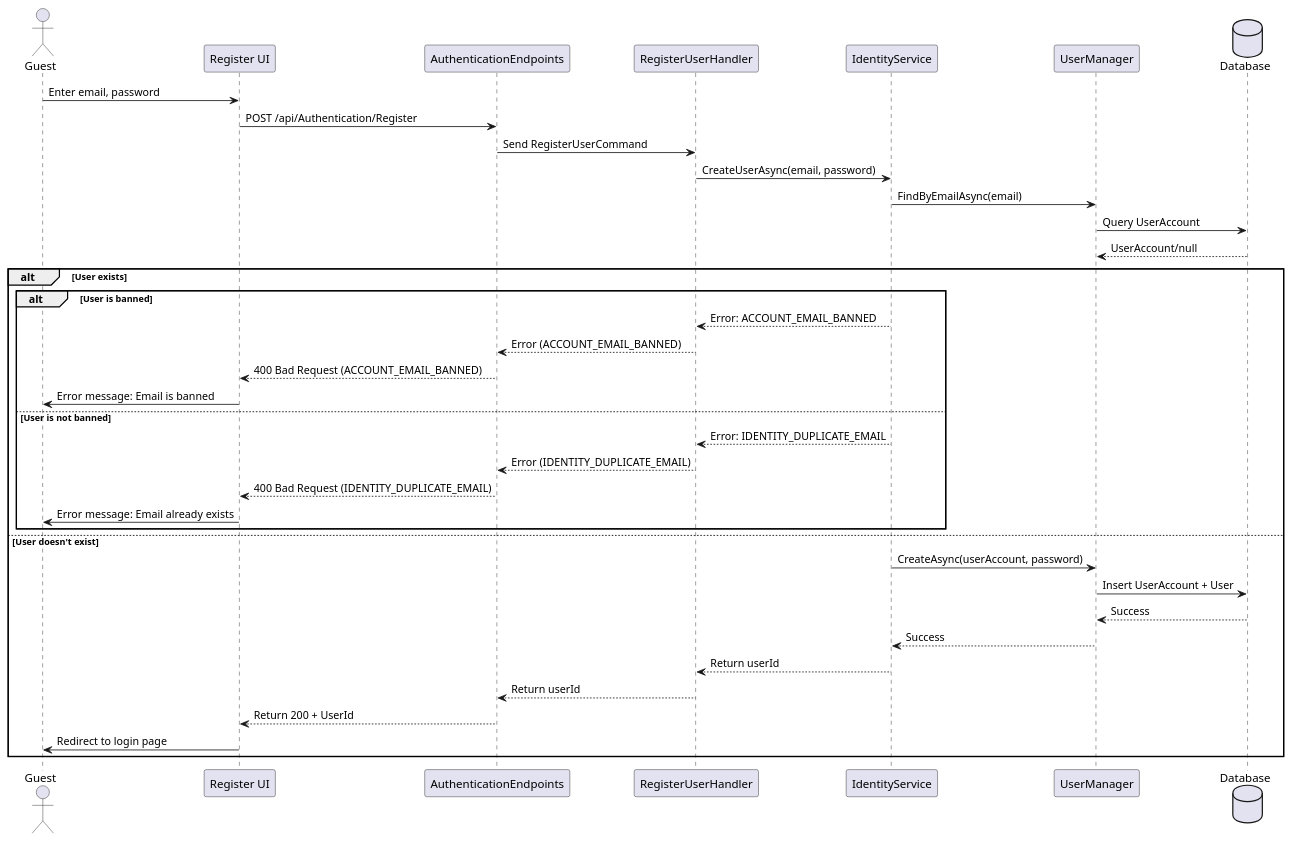
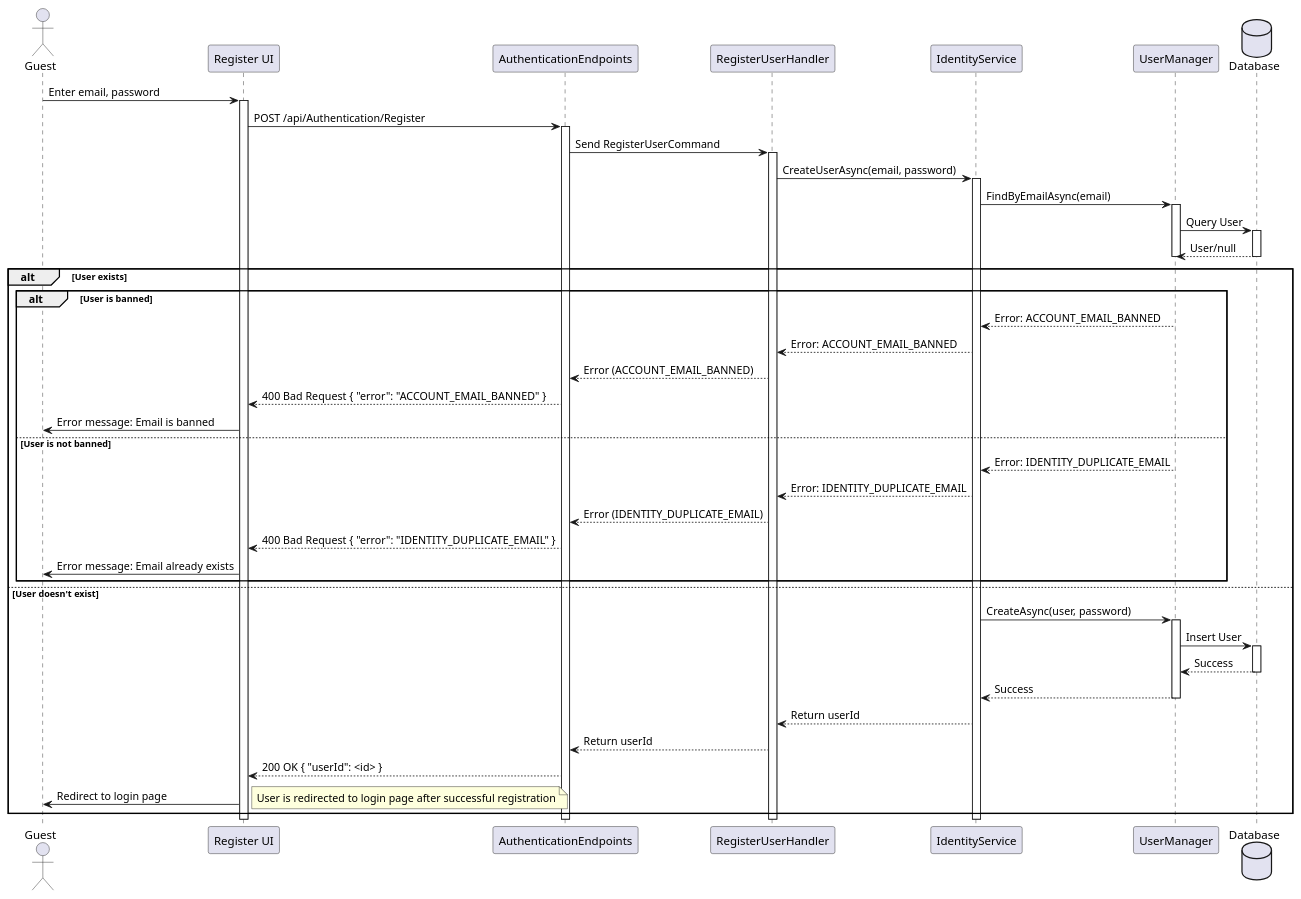
The diagram in authentication/sequence/01_Register.puml (thanhkhac/SEP_Diagram), drawn with PlantUML before and after one commit. The commit also changed 3 other files, not shown here.

Commit message:
Enhance authentication sequence diagrams

```diff
--- a/authentication/sequence/01_Register.puml
+++ b/authentication/sequence/01_Register.puml
@@ -1,39 +1,60 @@
 @startuml
 actor Guest as User
 participant "Register UI" as UI
 participant AuthenticationEndpoints
 participant RegisterUserHandler
 participant IdentityService
 participant UserManager
 Database Database
 
 User -> UI : Enter email, password
+activate UI
 UI -> AuthenticationEndpoints : POST /api/Authentication/Register
+activate AuthenticationEndpoints
 AuthenticationEndpoints -> RegisterUserHandler : Send RegisterUserCommand
+activate RegisterUserHandler
 RegisterUserHandler -> IdentityService : CreateUserAsync(email, password)
+activate IdentityService
 IdentityService -> UserManager : FindByEmailAsync(email)
-UserManager -> Database : Query UserAccount
-Database --> UserManager : UserAccount/null
+activate UserManager
+UserManager -> Database : Query User
+activate Database
+Database --> UserManager : User/null
+deactivate Database
+deactivate UserManager
 alt User exists
     alt User is banned
+        UserManager --> IdentityService : Error: ACCOUNT_EMAIL_BANNED
+
         IdentityService --> RegisterUserHandler : Error: ACCOUNT_EMAIL_BANNED
         RegisterUserHandler --> AuthenticationEndpoints : Error (ACCOUNT_EMAIL_BANNED)
-        AuthenticationEndpoints --> UI : 400 Bad Request (ACCOUNT_EMAIL_BANNED)
+        AuthenticationEndpoints --> UI : 400 Bad Request { "error": "ACCOUNT_EMAIL_BANNED" }
         UI -> User : Error message: Email is banned
     else User is not banned
+        UserManager --> IdentityService : Error: IDENTITY_DUPLICATE_EMAIL
+        deactivate UserManager
         IdentityService --> RegisterUserHandler : Error: IDENTITY_DUPLICATE_EMAIL
         RegisterUserHandler --> AuthenticationEndpoints : Error (IDENTITY_DUPLICATE_EMAIL)
-        AuthenticationEndpoints --> UI : 400 Bad Request (IDENTITY_DUPLICATE_EMAIL)
+        AuthenticationEndpoints --> UI : 400 Bad Request { "error": "IDENTITY_DUPLICATE_EMAIL" }
         UI -> User : Error message: Email already exists
     end
 else User doesn't exist
-    IdentityService -> UserManager : CreateAsync(userAccount, password)
-    UserManager -> Database : Insert UserAccount + User
+    IdentityService -> UserManager : CreateAsync(user, password)
+    activate UserManager
+    UserManager -> Database : Insert User
+    activate Database
     Database --> UserManager : Success
+    deactivate Database
     UserManager --> IdentityService : Success
+    deactivate UserManager
     IdentityService --> RegisterUserHandler : Return userId
     RegisterUserHandler --> AuthenticationEndpoints : Return userId
-    AuthenticationEndpoints --> UI : Return 200 + UserId
+    AuthenticationEndpoints --> UI : 200 OK { "userId": <id> }
     UI -> User : Redirect to login page
+    note right: User is redirected to login page after successful registration
 end
+deactivate IdentityService
+deactivate RegisterUserHandler
+deactivate AuthenticationEndpoints
+deactivate UI
 @enduml
```
